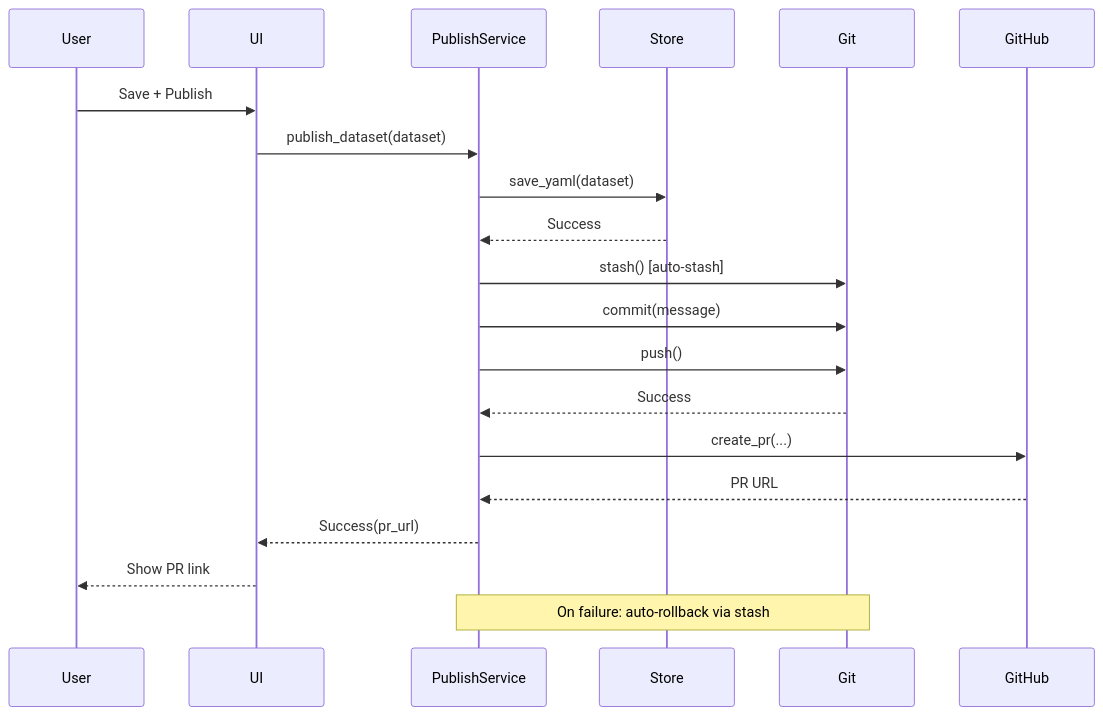
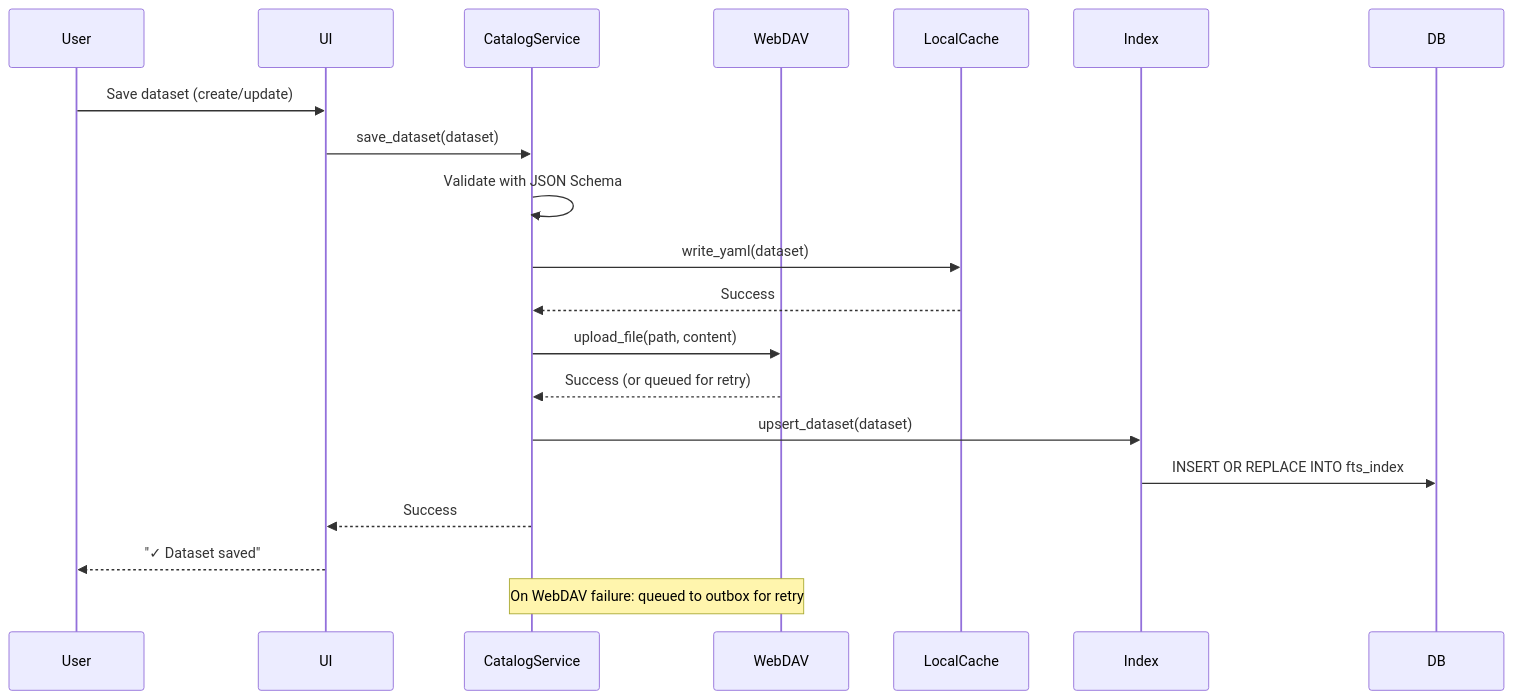
One commit to 0xpix/Hei-DataHub changed the fourth of 6 diagrams in dev-docs/architecture/overview.md. Above: the diagram before and after it, drawn with Mermaid. The commit also changed other lines of this file, not shown here.

Commit message:
feat: Revise system architecture overview to reflect cloud-first design and enhance clarity on core capabilities and components

````diff
--- a/dev-docs/architecture/overview.md
+++ b/dev-docs/architecture/overview.md
@@ -308,24 +413,23 @@
 ```mermaid
 sequenceDiagram
     participant User
     participant UI
-    participant PublishService
-    participant Store
-    participant Git
-    participant GitHub
+    participant CatalogService
+    participant WebDAV
+    participant LocalCache
+    participant Index
 
-    User->>UI: Save + Publish
-    UI->>PublishService: publish_dataset(dataset)
-    PublishService->>Store: save_yaml(dataset)
-    Store-->>PublishService: Success
-    PublishService->>Git: stash() [auto-stash]
-    PublishService->>Git: commit(message)
-    PublishService->>Git: push()
-    Git-->>PublishService: Success
-    PublishService->>GitHub: create_pr(...)
-    GitHub-->>PublishService: PR URL
-    PublishService-->>UI: Success(pr_url)
-    UI-->>User: Show PR link
+    User->>UI: Save dataset (create/update)
+    UI->>CatalogService: save_dataset(dataset)
+    CatalogService->>CatalogService: Validate with JSON Schema
+    CatalogService->>LocalCache: write_yaml(dataset)
+    LocalCache-->>CatalogService: Success
+    CatalogService->>WebDAV: upload_file(path, content)
+    WebDAV-->>CatalogService: Success (or queued for retry)
+    CatalogService->>Index: upsert_dataset(dataset)
+    Index->>DB: INSERT OR REPLACE INTO fts_index
+    CatalogService-->>UI: Success
+    UI-->>User: "✓ Dataset saved"
 
-    Note over PublishService,Git: On failure: auto-rollback via stash
+    Note over CatalogService,WebDAV: On WebDAV failure: queued to outbox for retry
 ```
````
